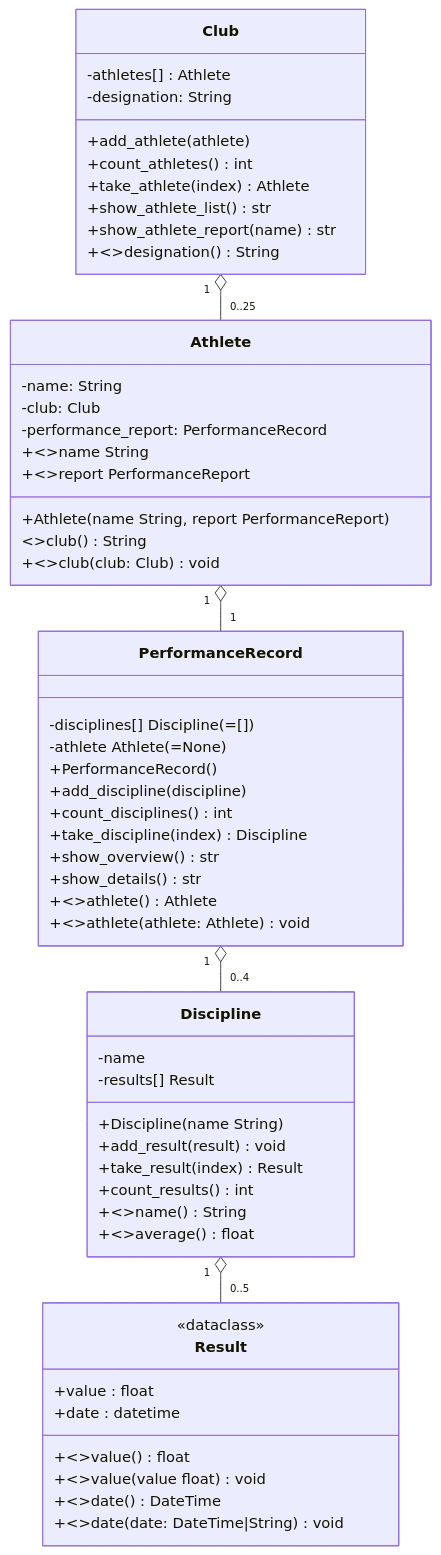
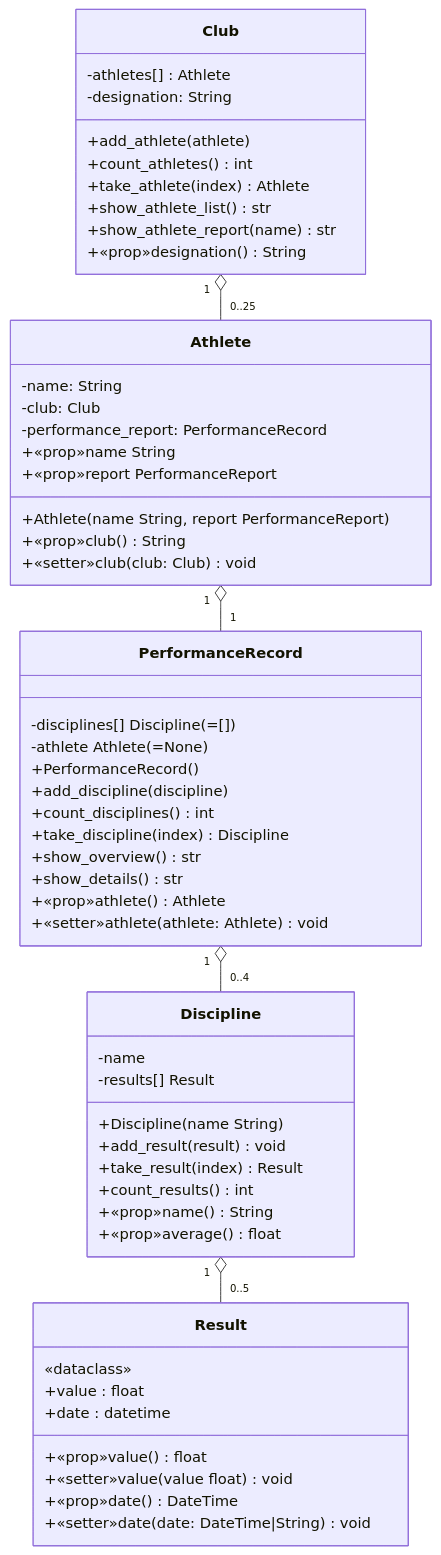
The diagram in Aufgabenstellung.md (templates-python/m320-lu09-a02-sports), drawn with Mermaid before and after one commit.

````diff
--- a/Aufgabenstellung.md
+++ b/Aufgabenstellung.md
@@ -22,59 +22,59 @@
 ```mermaid
 classDiagram
     class Club {
         -athletes[] : Athlete
         -designation: String
         +add_athlete(athlete)
         +count_athletes() int
         +take_athlete(index) Athlete
         +show_athlete_list() str
         +show_athlete_report(name) str
-        +<<prop>>designation() String
+        +«prop»designation() String
     }
     class Athlete {
         -name: String
         -club: Club
         -performance_report: PerformanceRecord
         +Athlete(name String, report PerformanceReport)
-        +<<prop>>name String
-        <<prop>>club() String
-        +<<setter>>club (club: Club) void
-        +<<prop>>report PerformanceReport
+        +«prop»name String
+        +«prop»club() String
+        +«setter»club (club: Club) void
+        +«prop»report PerformanceReport
     }
     class PerformanceRecord {
         -disciplines[] Discipline (=[])
         -athlete Athlete (=None)
         +PerformanceRecord()
         +add_discipline(discipline)
         +count_disciplines() int
         +take_discipline(index) Discipline
         +show_overview() str
         +show_details() str
-        +<<prop>>athlete() Athlete
-        +<<setter>>athlete(athlete: Athlete) void
+        +«prop»athlete() Athlete
+        +«setter»athlete(athlete: Athlete) void
     }
     class Discipline {
         -name
         -results[] Result
         +Discipline(name String)
         +add_result(result) void
         +take_result(index) Result
         +count_results() int
-        +<<prop>>name() String
-        +<<prop>>average() float
+        +«prop»name() String
+        +«prop»average() float
     }
     class Result {
-        <<dataclass>>
+        «dataclass»
         +value : float
         +date : datetime
-        +<<prop>>value() float
-        +<<setter>>value(value float) void
-        +<<prop>>date() DateTime
-        +<<setter>>date(date: DateTime|String) void
+        +«prop»value() float
+        +«setter»value(value float) void
+        +«prop»date() DateTime
+        +«setter»date(date: DateTime|String) void
     }
 
     Club "1" o-- "0..25" Athlete
     Athlete "1" o-- "1" PerformanceRecord
     PerformanceRecord "1" o-- "0..4" Discipline
     Discipline "1" o-- "0..5" Result
 ```
````
